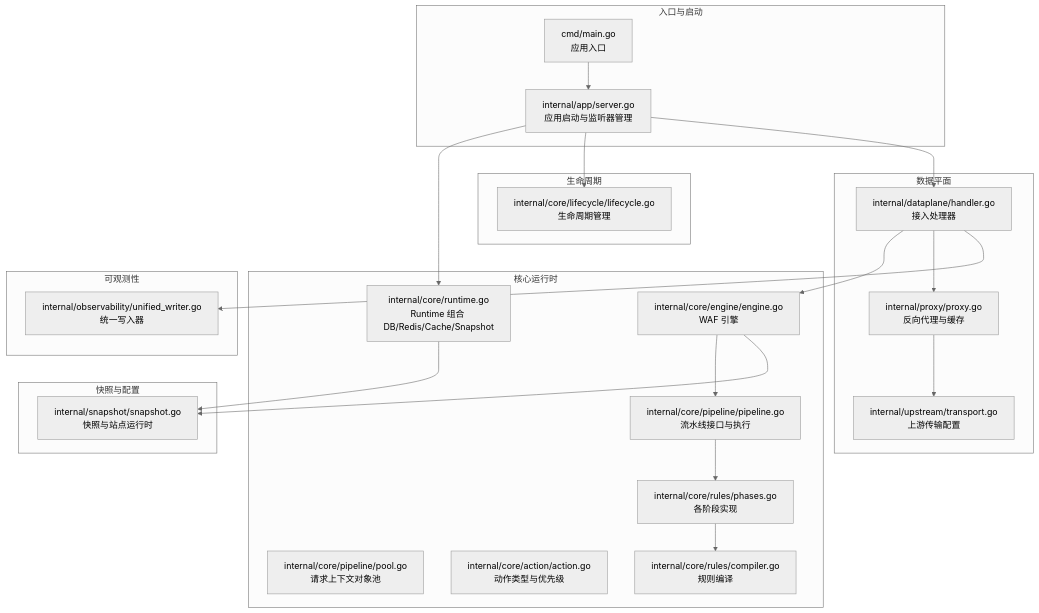
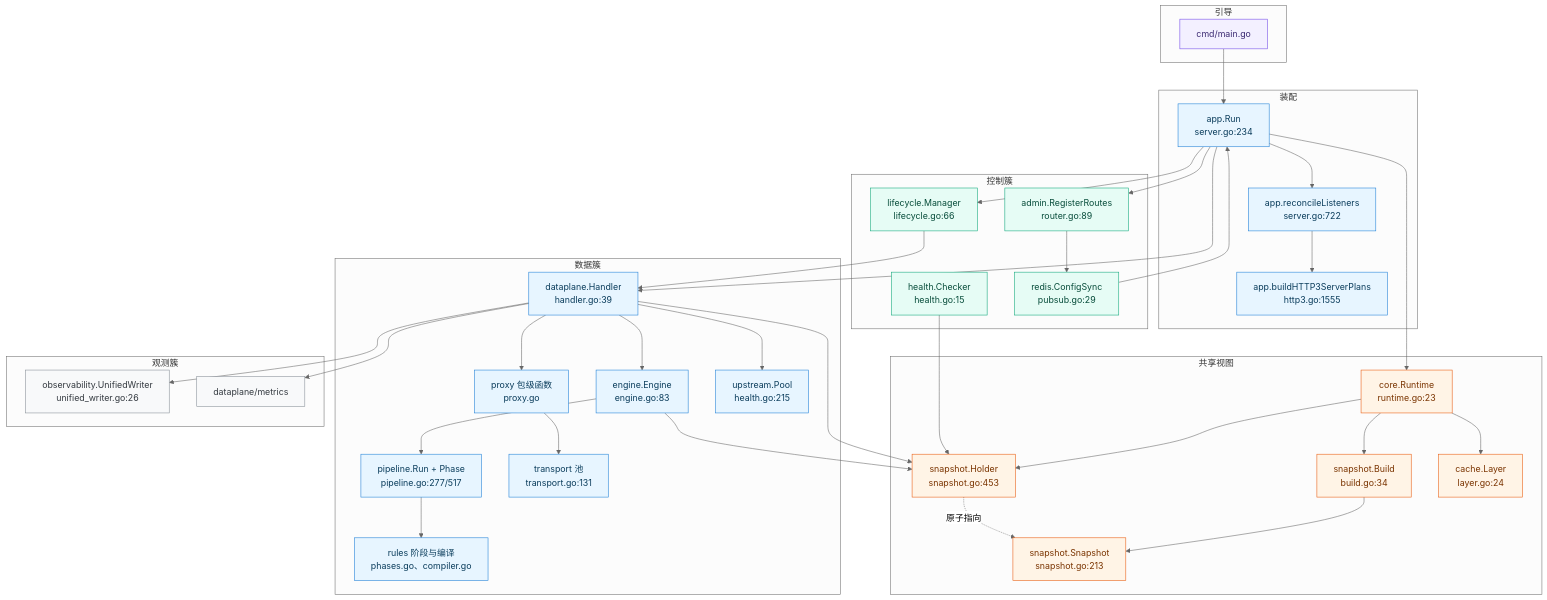
The first of 8 diagrams in docs/系统架构设计/组件关系图.md (x01n/My-OpenWaf), drawn with Mermaid (neutral theme) before and after one commit. The commit also changed other lines of this file and 622 other files, not shown here.

````diff
--- a/docs/系统架构设计/组件关系图.md
+++ b/docs/系统架构设计/组件关系图.md
@@ -42,43 +64,86 @@
 ```mermaid
 graph TB
-subgraph "入口与启动"
-MAIN["cmd/main.go<br/>应用入口"]
-APP["internal/app/server.go<br/>应用启动与监听器管理"]
-end
-subgraph "核心运行时"
-RT["internal/core/runtime.go<br/>Runtime 组合 DB/Redis/Cache/Snapshot"]
-ENG["internal/core/engine/engine.go<br/>WAF 引擎"]
-PIPE["internal/core/pipeline/pipeline.go<br/>流水线接口与执行"]
-POOL["internal/core/pipeline/pool.go<br/>请求上下文对象池"]
-ACT["internal/core/action/action.go<br/>动作类型与优先级"]
-COMP["internal/core/rules/compiler.go<br/>规则编译"]
-PHASE["internal/core/rules/phases.go<br/>各阶段实现"]
-end
-subgraph "数据平面"
-DP["internal/dataplane/handler.go<br/>接入处理器"]
-UPTR["internal/upstream/transport.go<br/>上游传输配置"]
-PRX["internal/proxy/proxy.go<br/>反向代理与缓存"]
-end
-subgraph "快照与配置"
-SNAP["internal/snapshot/snapshot.go<br/>快照与站点运行时"]
-end
-subgraph "可观测性"
-UWR["internal/observability/unified_writer.go<br/>统一写入器"]
-end
-subgraph "生命周期"
-LIFE["internal/core/lifecycle/lifecycle.go<br/>生命周期管理"]
-end
-MAIN --> APP
-APP --> RT
-APP --> LIFE
-APP --> DP
-DP --> ENG
-ENG --> PIPE
-PIPE --> PHASE
-PHASE --> COMP
-ENG --> SNAP
-DP --> PRX
-PRX --> UPTR
-DP --> UWR
-RT --> SNAP
+  subgraph C0["引导"]
+    MAIN["cmd/main.go"]
+  end
+  subgraph C1["装配"]
+    RUN["app.Run<br/>server.go:234"]
+    REC["app.reconcileListeners<br/>server.go:722"]
+    H3B["app.buildHTTP3ServerPlans<br/>http3.go:1555"]
+  end
+  subgraph C2["共享视图"]
+    RT["core.Runtime<br/>runtime.go:23"]
+    HO["snapshot.Holder<br/>snapshot.go:453"]
+    SN["snapshot.Snapshot<br/>snapshot.go:213"]
+    BD["snapshot.Build<br/>build.go:34"]
+    LY["cache.Layer<br/>layer.go:24"]
+  end
+  subgraph C3["控制簇"]
+    ADM["admin.RegisterRoutes<br/>router.go:89"]
+    HC["health.Checker<br/>health.go:15"]
+    LM["lifecycle.Manager<br/>lifecycle.go:66"]
+    CS["redis.ConfigSync<br/>pubsub.go:29"]
+  end
+  subgraph C4["数据簇"]
+    HND["dataplane.Handler<br/>handler.go:39"]
+    ENG["engine.Engine<br/>engine.go:83"]
+    PIP["pipeline.Run + Phase<br/>pipeline.go:277/517"]
+    RUL["rules 阶段与编译<br/>phases.go、compiler.go"]
+    PX["proxy 包级函数<br/>proxy.go"]
+    TR["transport 池<br/>transport.go:131"]
+    UP["upstream.Pool<br/>health.go:215"]
+  end
+  subgraph C5["观测簇"]
+    UW["observability.UnifiedWriter<br/>unified_writer.go:26"]
+    DPM["dataplane/metrics"]
+  end
+  MAIN --> RUN
+  RUN --> RT
+  RUN --> ADM
+  RUN --> LM
+  RUN --> HND
+  RUN --> REC --> H3B
+  RT --> HO
+  RT --> LY
+  RT --> BD --> SN
+  HO -.原子指向.-> SN
+  ADM --> CS
+  CS --> RUN
+  HND --> HO
+  HND --> ENG --> PIP --> RUL
+  ENG --> HO
+  HND --> PX --> TR
+  HND --> UP
+  HND --> UW
+  HND --> DPM
+  LM --> HND
+  HC --> HO
+  classDef g0 fill:#f3f0ff,stroke:#7048e8,color:#3b2a72
+  classDef g1 fill:#e7f5ff,stroke:#1c7ed6,color:#0b3d5c
+  classDef g2 fill:#fff4e6,stroke:#e8590c,color:#7a3400
+  classDef g3 fill:#e6fcf5,stroke:#0ca678,color:#084d3b
+  classDef g4 fill:#e7f5ff,stroke:#1c7ed6,color:#0b3d5c
+  classDef g5 fill:#f8f9fa,stroke:#868e96,color:#343a40
+  MAIN:::g0
+  RUN:::g1
+  REC:::g1
+  H3B:::g1
+  RT:::g2
+  HO:::g2
+  SN:::g2
+  BD:::g2
+  LY:::g2
+  ADM:::g3
+  HC:::g3
+  LM:::g3
+  CS:::g3
+  HND:::g4
+  ENG:::g4
+  PIP:::g4
+  RUL:::g4
+  PX:::g4
+  TR:::g4
+  UP:::g4
+  UW:::g5
+  DPM:::g5
 ```
````
